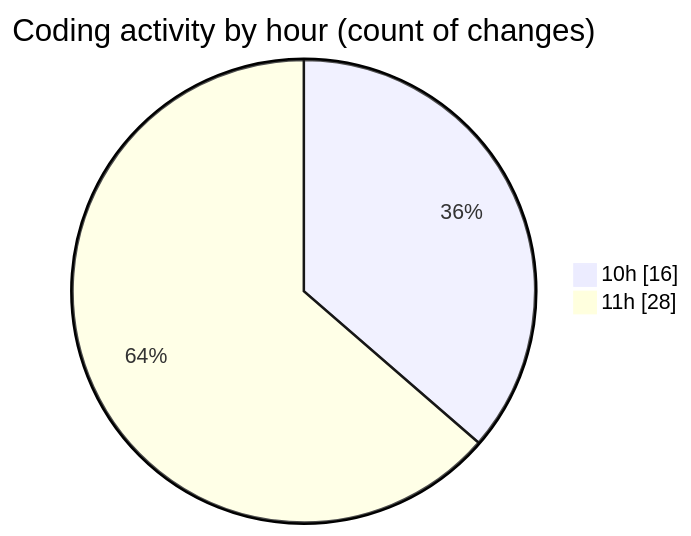
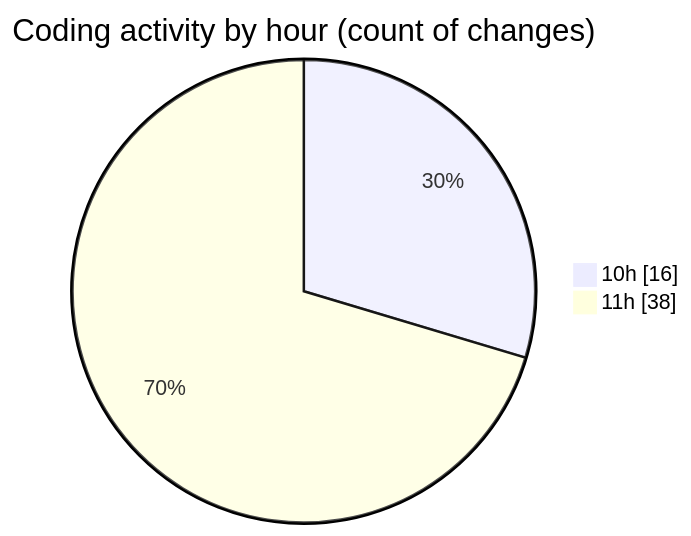
Before and after one commit to momahboobian/code-tracking: the second of 2 diagrams in 2026-07-23/cda/README.md, drawn with Mermaid. The commit also changed other lines of this file and 1 other file, not shown here.

````diff
--- a/2026-07-23/cda/README.md
+++ b/2026-07-23/cda/README.md
@@ -35,6 +35,6 @@
 ```mermaid
 pie showData
 title Coding activity by hour (count of changes)
 "10h" : 16
-"11h" : 28
+"11h" : 38
 ```
````
